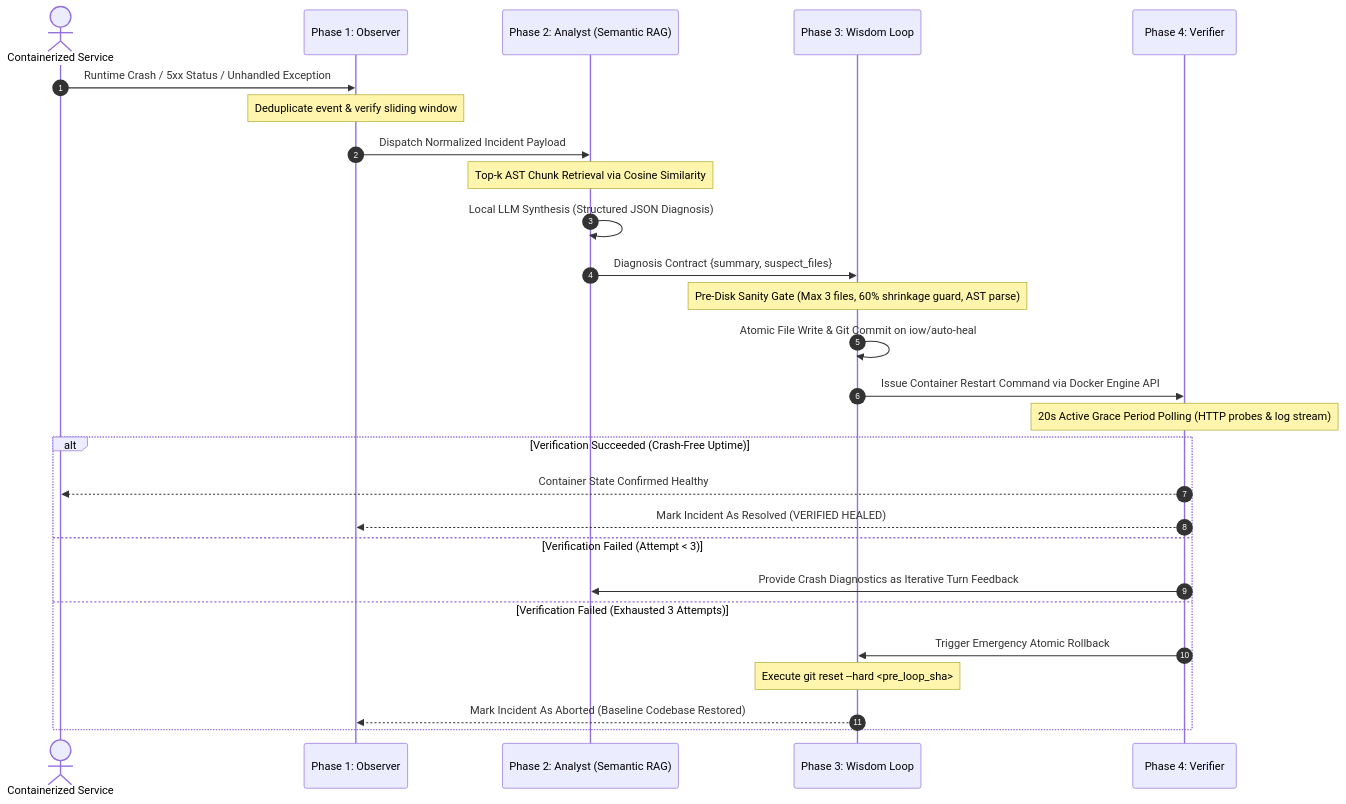
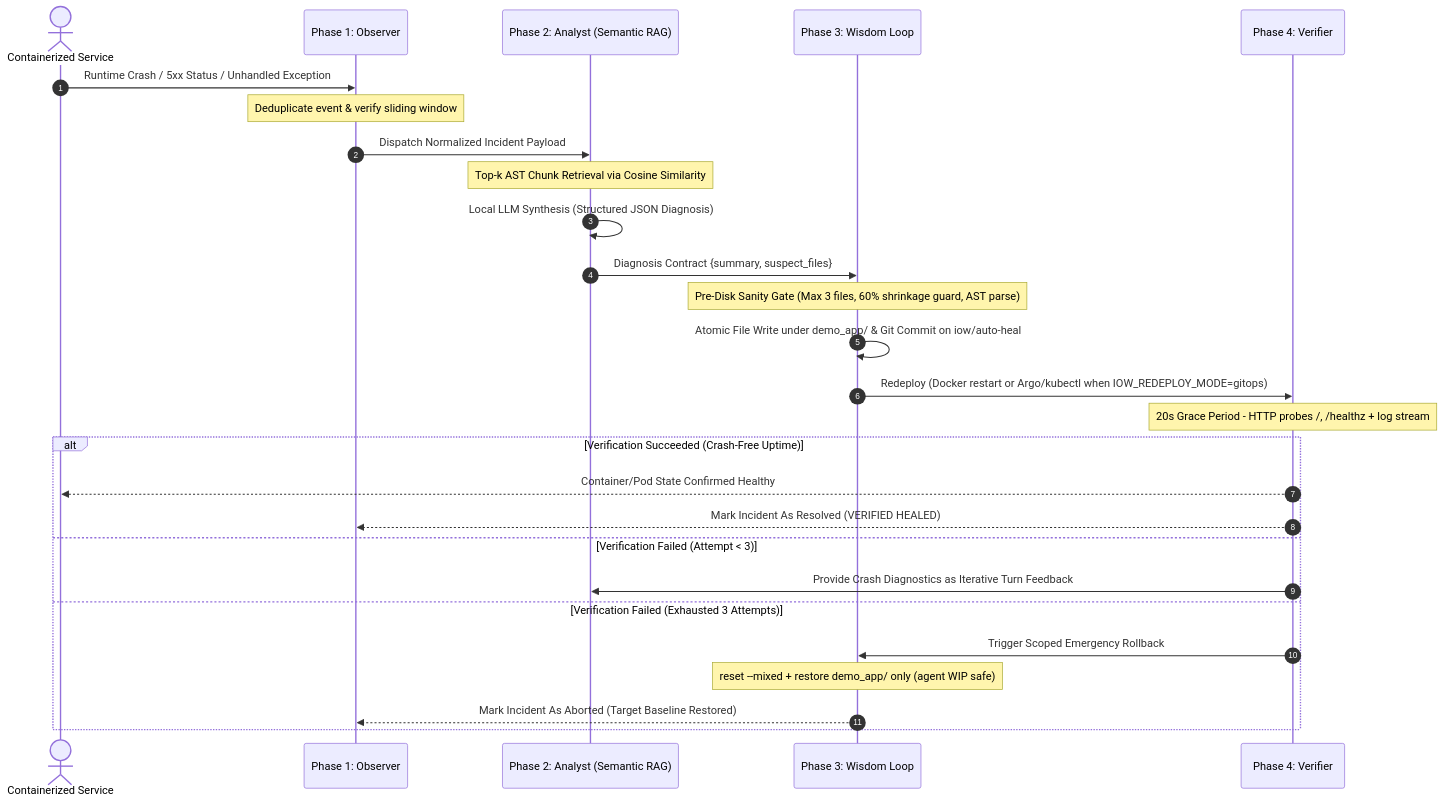
Before and after one commit to andrijajovanovic98/inception-of-wisdom: the first of 2 diagrams in README.md, drawn with Mermaid. The commit also changed other lines of this file and 13 other files, not shown here.

````diff
--- a/README.md
+++ b/README.md
@@ -55,30 +55,30 @@
 ```mermaid
 sequenceDiagram
     autonumber
     actor Target as Containerized Service
     participant Obs as Phase 1: Observer
     participant Ana as Phase 2: Analyst (Semantic RAG)
     participant Wis as Phase 3: Wisdom Loop
     participant Ver as Phase 4: Verifier
     
     Target->>Obs: Runtime Crash / 5xx Status / Unhandled Exception
     Note over Obs: Deduplicate event & verify sliding window
     Obs->>Ana: Dispatch Normalized Incident Payload
     Note over Ana: Top-k AST Chunk Retrieval via Cosine Similarity
     Ana->>Ana: Local LLM Synthesis (Structured JSON Diagnosis)
     Ana->>Wis: Diagnosis Contract {summary, suspect_files}
     Note over Wis: Pre-Disk Sanity Gate (Max 3 files, 60% shrinkage guard, AST parse)
-    Wis->>Wis: Atomic File Write & Git Commit on iow/auto-heal
-    Wis->>Ver: Issue Container Restart Command via Docker Engine API
-    Note over Ver: 20s Active Grace Period Polling (HTTP probes & log stream)
+    Wis->>Wis: Atomic File Write under demo_app/ & Git Commit on iow/auto-heal
+    Wis->>Ver: Redeploy (Docker restart or Argo/kubectl when IOW_REDEPLOY_MODE=gitops)
+    Note over Ver: 20s Grace Period - HTTP probes /, /healthz + log stream
     alt Verification Succeeded (Crash-Free Uptime)
-        Ver-->>Target: Container State Confirmed Healthy
+        Ver-->>Target: Container/Pod State Confirmed Healthy
         Ver-->>Obs: Mark Incident As Resolved (VERIFIED HEALED)
     else Verification Failed (Attempt < 3)
         Ver->>Ana: Provide Crash Diagnostics as Iterative Turn Feedback
     else Verification Failed (Exhausted 3 Attempts)
-        Ver->>Wis: Trigger Emergency Atomic Rollback
-        Note over Wis: Execute git reset --hard <pre_loop_sha>
-        Wis-->>Obs: Mark Incident As Aborted (Baseline Codebase Restored)
+        Ver->>Wis: Trigger Scoped Emergency Rollback
+        Note over Wis: reset --mixed + restore demo_app/ only (agent WIP safe)
+        Wis-->>Obs: Mark Incident As Aborted (Target Baseline Restored)
     end
 ```
````
